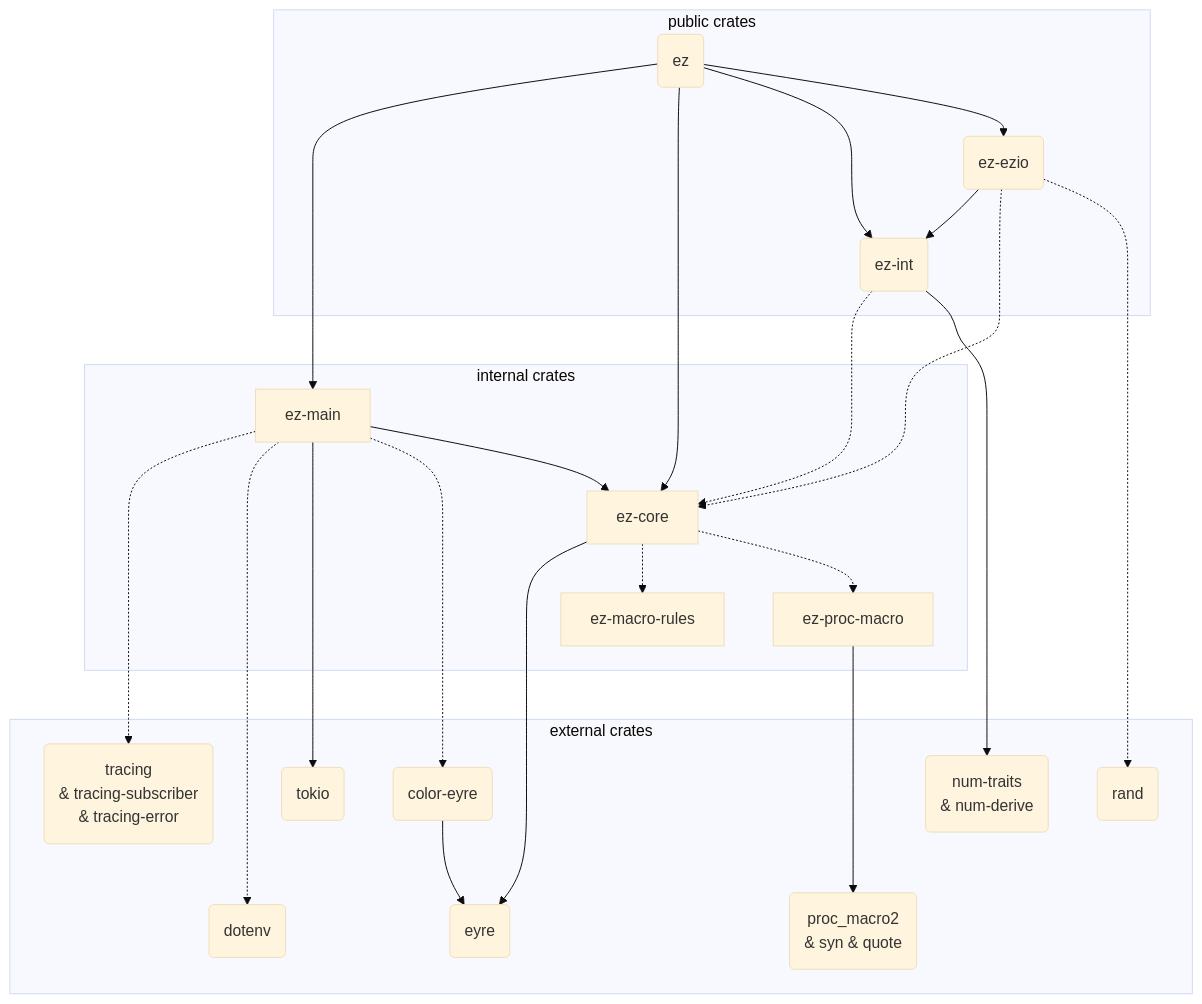
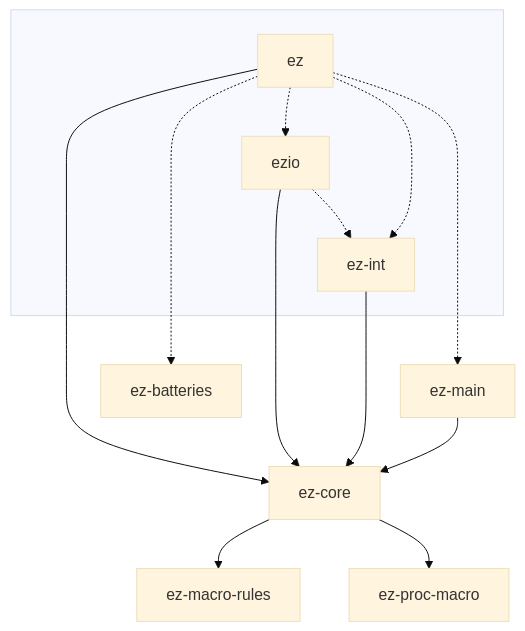
One commit to jeremyBanks/ez changed the diagram in CONTRIBUTING.md. Above: the diagram before and after it, drawn with Mermaid (base theme). The commit also changed 14 other files, not shown here.

````diff
--- a/CONTRIBUTING.md
+++ b/CONTRIBUTING.md
@@ -5,50 +5,20 @@
 ```mermaid
 graph TD;
-  subgraph public crates
-    ez(ez)
-    ez-int(ez-int)
-    ezio(ez-ezio)
+  subgraph public[" "]
+    ez
+    ez-int
+    ezio
   end
 
-  subgraph internal crates
-    ez-main
-    ez-core
-    ez-macro-rules
-    ez-proc-macro
-  end
-
-  subgraph external crates
-    rand(rand)
-    eyre(eyre)
-    color-eyre(color-eyre)
-    num-traits("num-traits<br>&amp; num-derive")
-    proc_macro2("proc_macro2<br>&amp; syn &amp; quote")
-    tokio(tokio)
-    tracing("tracing<br>&amp; tracing-subscriber<br>&amp; tracing-error")
-    dotenv(dotenv)
-  end
-
-  ez ----> ez-main
-  ez ----> ez-core
-  ez --> ez-int
-  ez --> ezio
-
-  ez-int -..-> ez-core
-  ez-int ----> num-traits
-
-  ez-main -...-> tracing
-  ez-main -....-> dotenv
-  ez-main ---> tokio
-  ez-main -..-> color-eyre
+  ezio -.-> ez-int
+  ez ---> ez-core
+  ez -.-> ez-int
+  ez -.-> ezio
+  ez -...-> ez-main
+  ezio --> ez-core
+  ez-core --> ez-macro-rules
+  ez-core --> ez-proc-macro
+  ez-int --> ez-core
   ez-main --> ez-core
-
-  ez-core --> eyre
-  ez-core -.-> ez-macro-rules
-  ez-core -.-> ez-proc-macro
-
-  color-eyre --> eyre
-  ez-proc-macro ---> proc_macro2
-  ezio --> ez-int
-  ezio -..-> ez-core
-  ezio -..-> rand
+  ez -...-> ez-batteries
 ```
````
